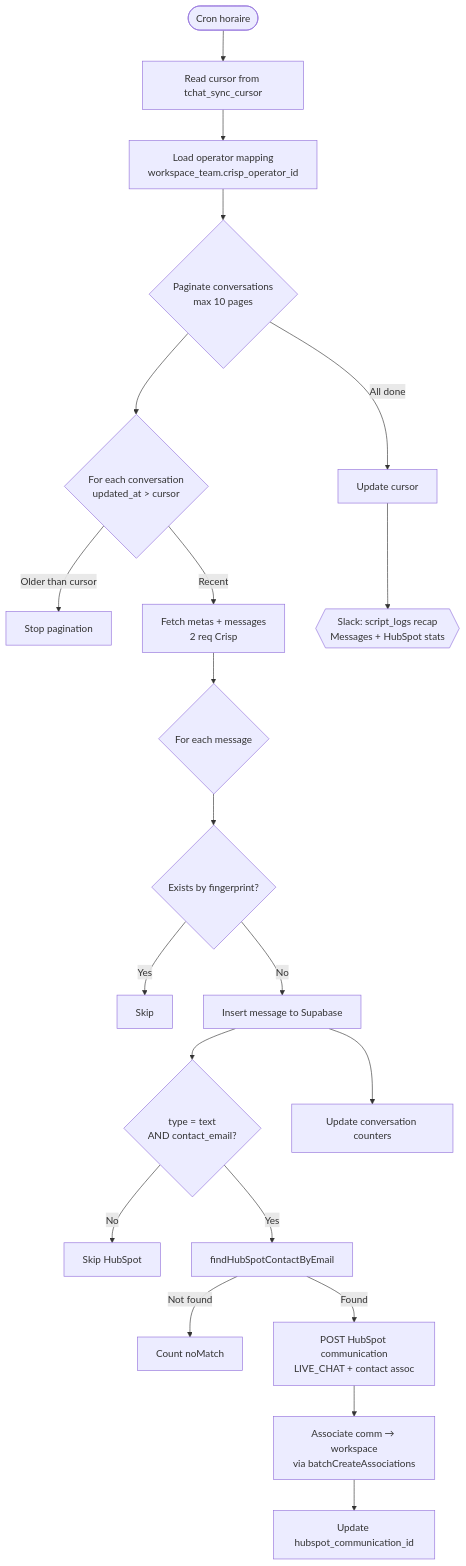
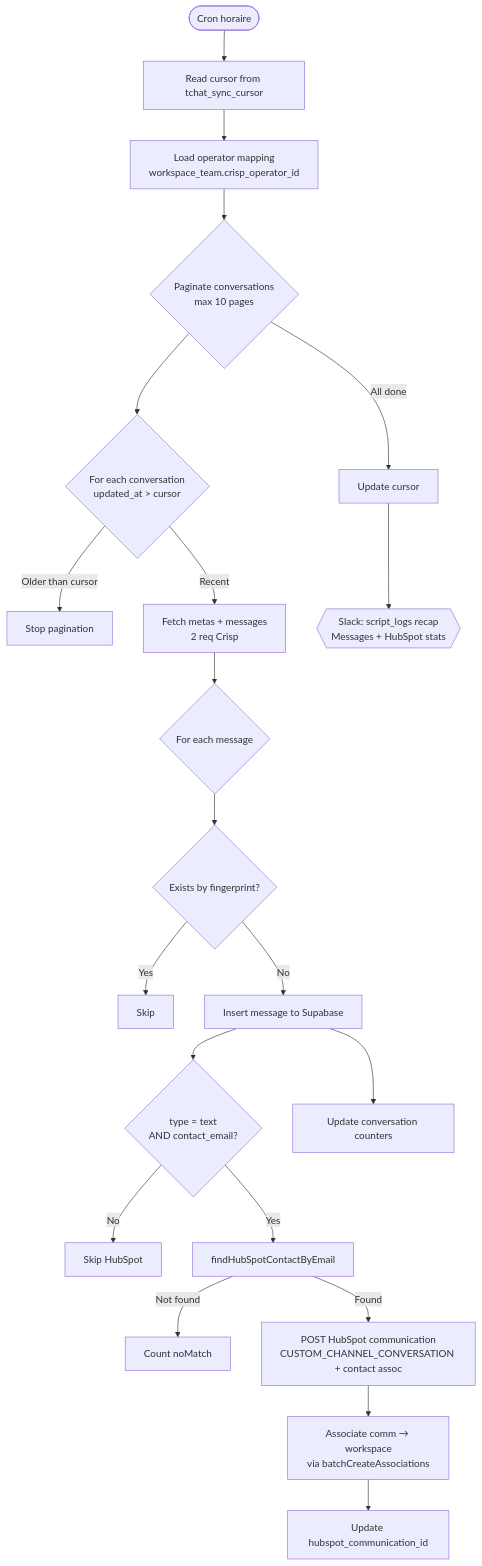
One commit to AirSaas/linkedin-scrapp changed diagram 20 of 26 in CLAUDE.md. Above: the diagram before and after it, drawn with Mermaid. The commit also changed other lines of this file and 1 other file, not shown here.

First line of the commit message:
Fix HubSpot channel type: LIVE_CHAT → CUSTOM_CHANNEL_CONVERSATION

````diff
--- a/CLAUDE.md
+++ b/CLAUDE.md
@@ -491,23 +491,23 @@
 ```mermaid
 flowchart TD
     A([Cron horaire]) --> B[Read cursor from tchat_sync_cursor]
     B --> B2[Load operator mapping<br/>workspace_team.crisp_operator_id]
     B2 --> C{Paginate conversations<br/>max 10 pages}
     C --> D{For each conversation<br/>updated_at > cursor}
     D -->|Older than cursor| E[Stop pagination]
     D -->|Recent| F[Fetch metas + messages<br/>2 req Crisp]
     F --> G{For each message}
     G --> H{Exists by fingerprint?}
     H -->|Yes| I[Skip]
     H -->|No| J[Insert message to Supabase]
     J --> K{type = text<br/>AND contact_email?}
     K -->|No| L[Skip HubSpot]
     K -->|Yes| M[findHubSpotContactByEmail]
     M -->|Not found| N[Count noMatch]
-    M -->|Found| O[POST HubSpot communication<br/>LIVE_CHAT + contact assoc]
+    M -->|Found| O[POST HubSpot communication<br/>CUSTOM_CHANNEL_CONVERSATION + contact assoc]
     O --> P[Associate comm → workspace<br/>via batchCreateAssociations]
     P --> Q[Update hubspot_communication_id]
     J --> R[Update conversation counters]
     C -->|All done| S[Update cursor]
     S --> T{{Slack: script_logs recap<br/>Messages + HubSpot stats}}
 ```
````
